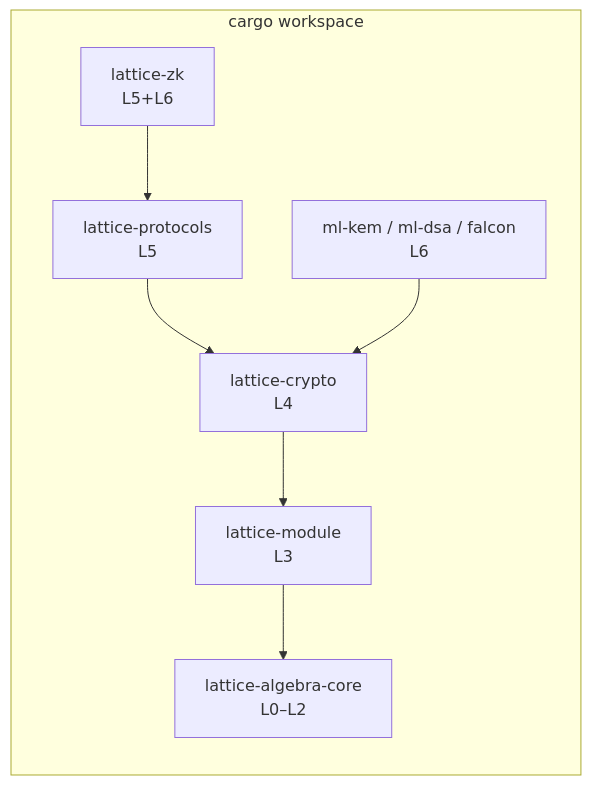
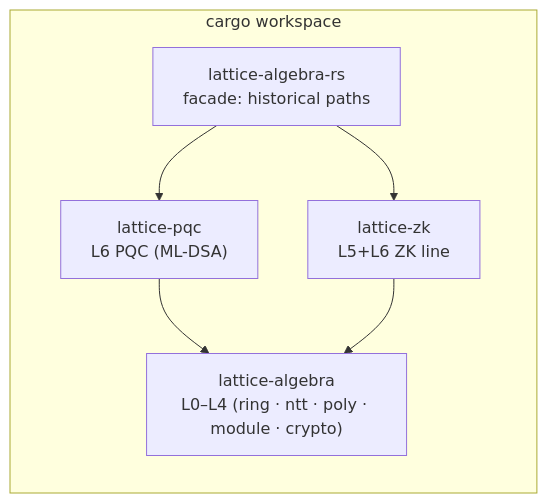
The fourth of 4 diagrams in docs/src/pages/design/architecture.mdx (SuccinctPaul/lattice-algebra-rs), drawn with Mermaid before and after one commit. The commit also changed other lines of this file and 57 other files, not shown here.

````diff
--- a/docs/src/pages/design/architecture.mdx
+++ b/docs/src/pages/design/architecture.mdx
@@ -114,16 +114,13 @@
 ```mermaid
 flowchart LR
     subgraph WS["cargo workspace"]
-        CORE["lattice-algebra-core<br/>L0–L2"]
-        MODC["lattice-module<br/>L3"]
-        CRYPTO["lattice-crypto<br/>L4"]
-        PROTO["lattice-protocols<br/>L5"]
-        PQC["ml-kem / ml-dsa / falcon<br/>L6"]
-        ZKC["lattice-zk<br/>L5+L6"]
+        ALG["lattice-algebra<br/>L0–L4 (ring · ntt · poly · module · crypto)"]
+        PQC["lattice-pqc<br/>L6 PQC (ML-DSA)"]
+        ZKC["lattice-zk<br/>L5+L6 ZK line"]
+        FAC["lattice-algebra-rs<br/>facade: historical paths"]
     end
-    MODC --> CORE
-    CRYPTO --> MODC
-    PROTO --> CRYPTO
-    PQC --> CRYPTO
-    ZKC --> PROTO
+    PQC --> ALG
+    ZKC --> ALG
+    FAC --> PQC
+    FAC --> ZKC
 ```
````
